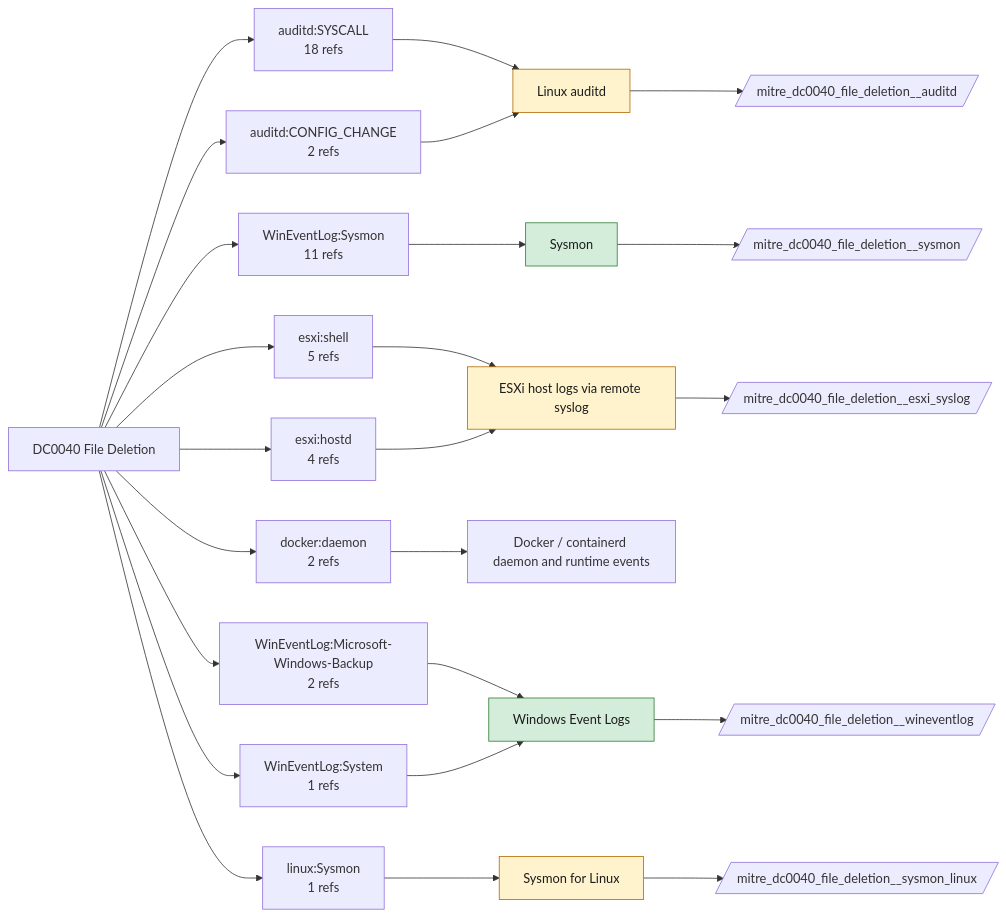
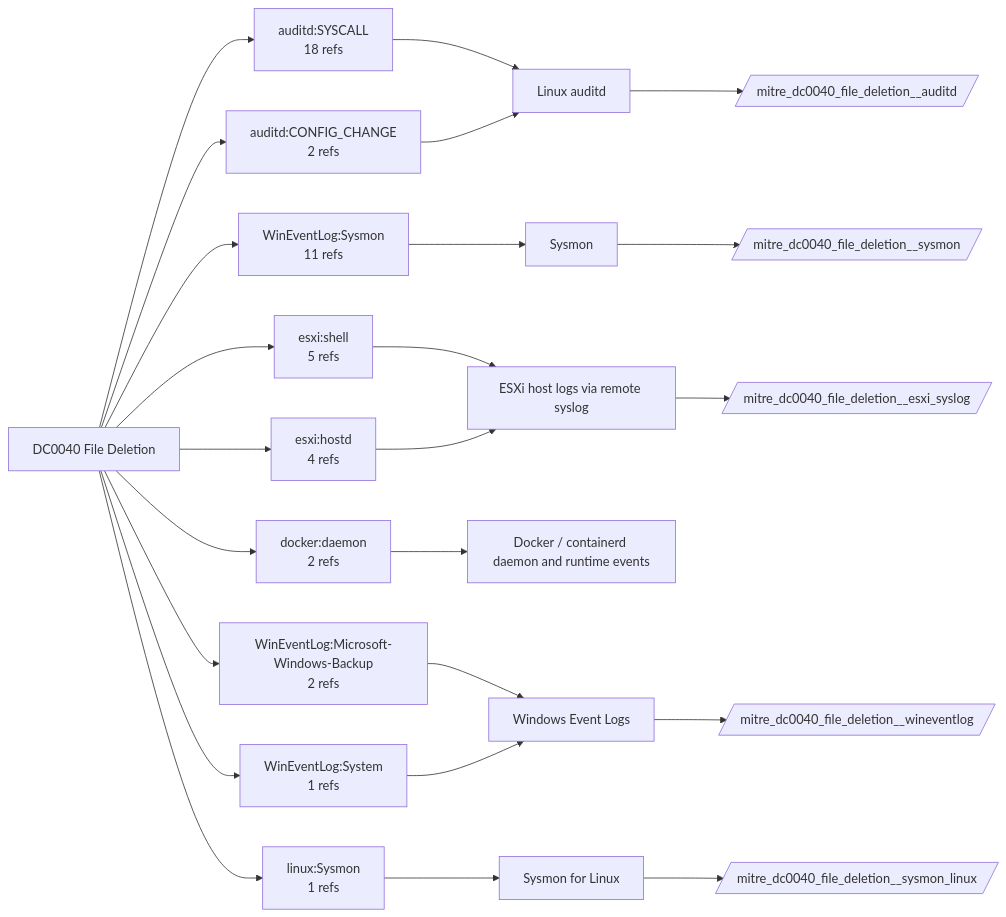
The diagram in docs/data-components/DC0040-file-deletion.md (dev-nobytes-io/mitre-defensive-mappings-spl), drawn with Mermaid before and after one commit. The commit also changed other lines of this file and 366 other files, not shown here.

````diff
--- a/docs/data-components/DC0040-file-deletion.md
+++ b/docs/data-components/DC0040-file-deletion.md
@@ -19,40 +19,33 @@
 ```mermaid
 flowchart LR
   DC["DC0040 File Deletion"]
   DC --> LS0["auditd:SYSCALL<br/>18 refs"]
   F_auditd["Linux auditd"]
   LS0 --> F_auditd
   DC --> LS1["WinEventLog:Sysmon<br/>11 refs"]
   F_sysmon["Sysmon"]
   LS1 --> F_sysmon
   DC --> LS2["esxi:shell<br/>5 refs"]
   F_esxi_syslog["ESXi host logs via remote syslog"]
   LS2 --> F_esxi_syslog
   DC --> LS3["esxi:hostd<br/>4 refs"]
   LS3 --> F_esxi_syslog
   DC --> LS4["docker:daemon<br/>2 refs"]
   F_container_runtime["Docker / containerd daemon and runtime events"]
   LS4 --> F_container_runtime
   DC --> LS5["WinEventLog:Microsoft-Windows-Backup<br/>2 refs"]
   F_wineventlog["Windows Event Logs"]
   LS5 --> F_wineventlog
   DC --> LS6["auditd:CONFIG_CHANGE<br/>2 refs"]
   LS6 --> F_auditd
   DC --> LS7["linux:Sysmon<br/>1 refs"]
   F_sysmon_linux["Sysmon for Linux"]
   LS7 --> F_sysmon_linux
   DC --> LS8["WinEventLog:System<br/>1 refs"]
   LS8 --> F_wineventlog
+  F_auditd --> ET_auditd[/"mitre_dc0040_file_deletion__auditd"/]
+  F_esxi_syslog --> ET_esxi_syslog[/"mitre_dc0040_file_deletion__esxi_syslog"/]
   F_sysmon --> ET_sysmon[/"mitre_dc0040_file_deletion__sysmon"/]
-  class F_sysmon live
+  F_sysmon_linux --> ET_sysmon_linux[/"mitre_dc0040_file_deletion__sysmon_linux"/]
   F_wineventlog --> ET_wineventlog[/"mitre_dc0040_file_deletion__wineventlog"/]
-  class F_wineventlog live
-  F_auditd --> ET_auditd[/"mitre_dc0040_file_deletion__auditd"/]
-  class F_auditd ready
-  F_esxi_syslog --> ET_esxi_syslog[/"mitre_dc0040_file_deletion__esxi_syslog"/]
-  class F_esxi_syslog ready
-  F_sysmon_linux --> ET_sysmon_linux[/"mitre_dc0040_file_deletion__sysmon_linux"/]
-  class F_sysmon_linux ready
-  classDef live fill:#d4edda,stroke:#2e7d32,color:#1b1b1b
-  classDef ready fill:#fff3cd,stroke:#b26a00,color:#1b1b1b
 ```
````
